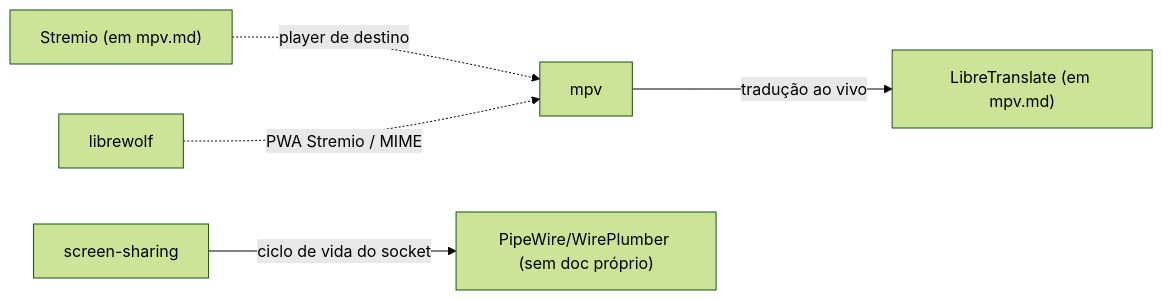
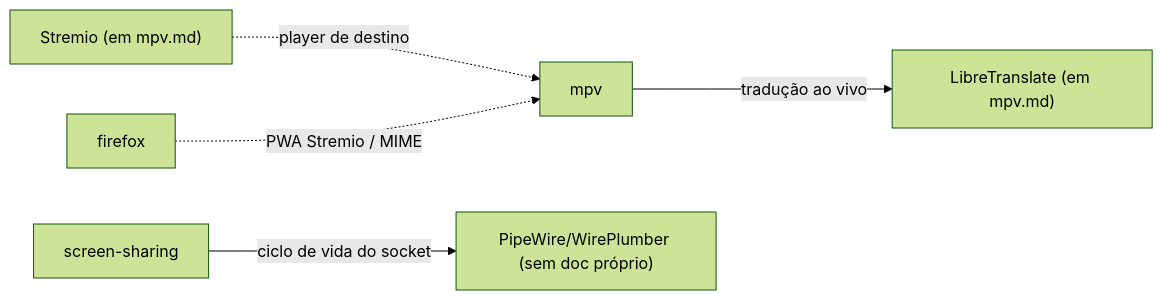
One commit to aliceComH/nixos changed the diagram in .agents/knowledge/_index.md. Above: the diagram before and after it, drawn with Mermaid (forest theme). The commit also changed other lines of this file and 13 other files, not shown here.

````diff
--- a/.agents/knowledge/_index.md
+++ b/.agents/knowledge/_index.md
@@ -24,14 +24,14 @@
 ```mermaid
 graph LR
     mpv["mpv"]
     libretranslate["LibreTranslate (em mpv.md)"]
     stremio["Stremio (em mpv.md)"]
     screenSharing["screen-sharing"]
     pipewire["PipeWire/WirePlumber (sem doc próprio)"]
-    librewolf["librewolf"]
+    firefox["firefox"]
 
     mpv -->|"tradução ao vivo"| libretranslate
     stremio -.->|"player de destino"| mpv
     screenSharing -->|"ciclo de vida do socket"| pipewire
-    librewolf -.->|"PWA Stremio / MIME"| mpv
+    firefox -.->|"PWA Stremio / MIME"| mpv
 ```
````
